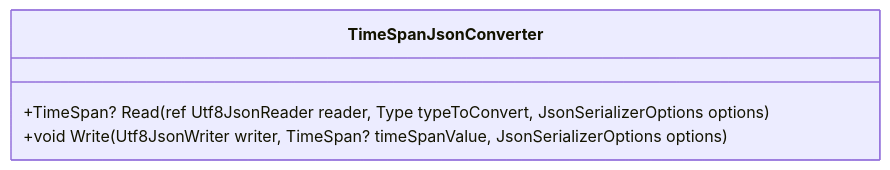
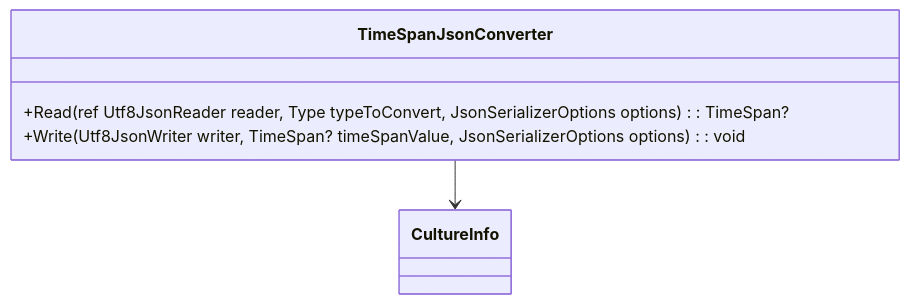
The third of 3 diagrams in docs/b2b-dominio/IsthmusWinthor.Nucleo/IsthmusWinthor.Dominio/JsonConverters/TimeSpanJsonConverter.md (IsthmusSistemas/documentacao-tecnica), drawn with Mermaid before and after one commit. The commit also changed other lines of this file and 882 other files, not shown here.

````diff
--- a/docs/b2b-dominio/IsthmusWinthor.Nucleo/IsthmusWinthor.Dominio/JsonConverters/TimeSpanJsonConverter.md
+++ b/docs/b2b-dominio/IsthmusWinthor.Nucleo/IsthmusWinthor.Dominio/JsonConverters/TimeSpanJsonConverter.md
@@ -35,7 +53,12 @@
 ```mermaid
 classDiagram
     class TimeSpanJsonConverter {
-        +TimeSpan? Read(ref Utf8JsonReader reader, Type typeToConvert, JsonSerializerOptions options)
-        +void Write(Utf8JsonWriter writer, TimeSpan? timeSpanValue, JsonSerializerOptions options)
+        +Read(ref Utf8JsonReader reader, Type typeToConvert, JsonSerializerOptions options): TimeSpan?
+        +Write(Utf8JsonWriter writer, TimeSpan? timeSpanValue, JsonSerializerOptions options): void
     }
+
+    class CultureInfo {
+    }
+
+    TimeSpanJsonConverter --> CultureInfo
 ```
````
